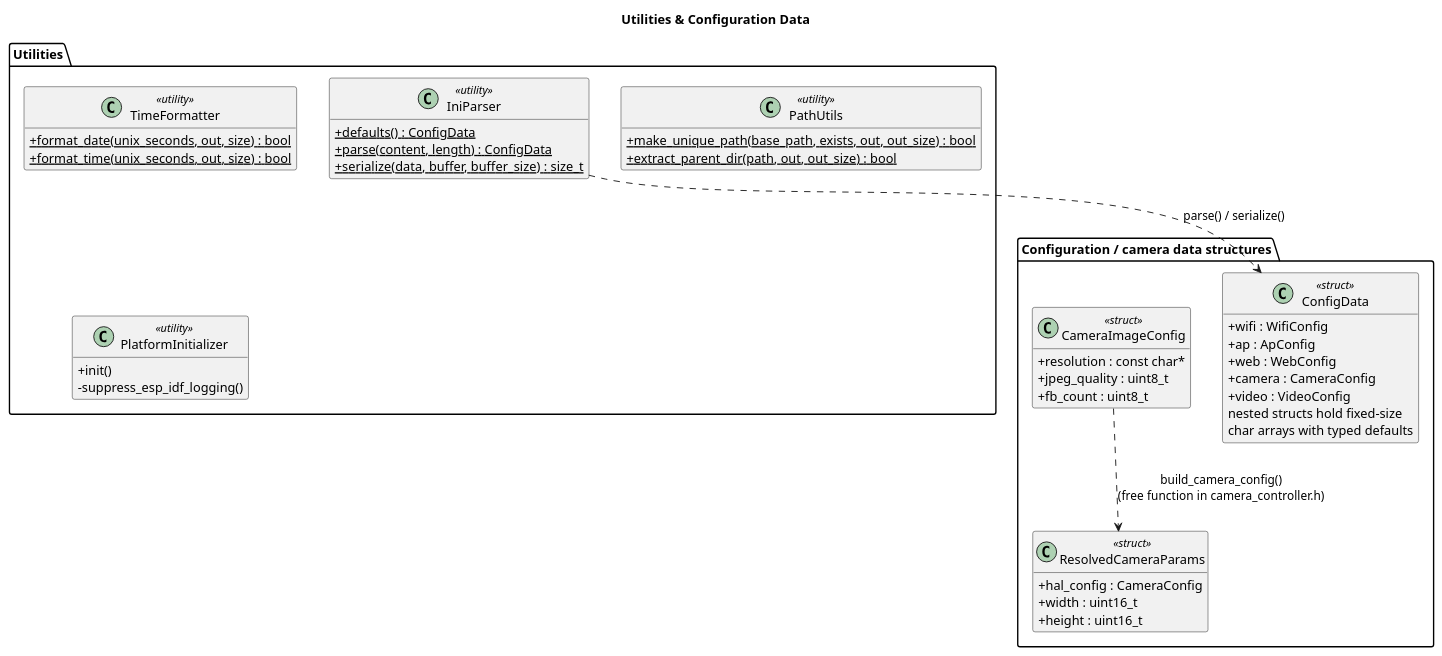
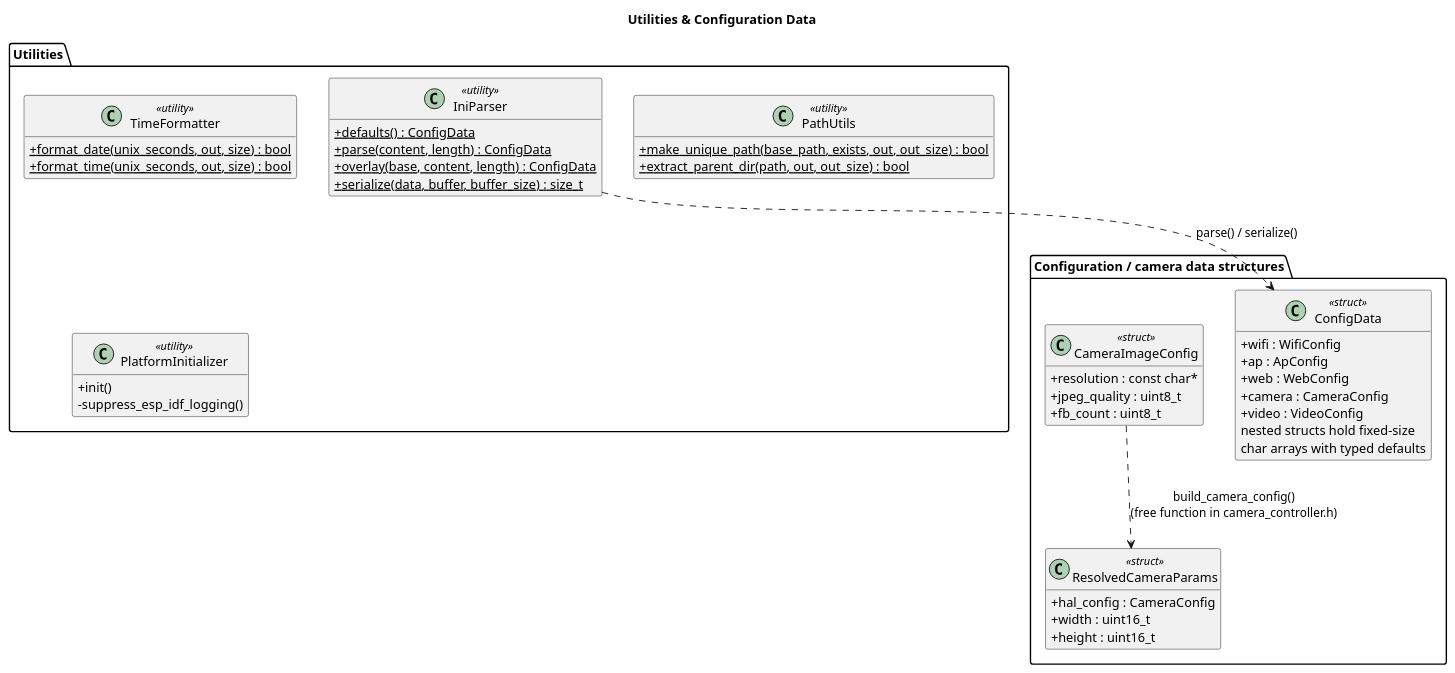
One commit to timwalsh41/micro-security-cam changed the fourth of 9 diagrams in docs/SYSTEM_DESIGN.md. Above: the diagram before and after it, drawn with PlantUML. The commit also changed other lines of this file and 33 other files, not shown here.

````diff
--- a/docs/SYSTEM_DESIGN.md
+++ b/docs/SYSTEM_DESIGN.md
@@ -729,61 +767,62 @@
 ```plantuml
 @startuml
 title Utilities & Configuration Data
 
 hide empty members
 skinparam classAttributeIconSize 0
 
 package "Utilities" {
 
     class IniParser <<utility>> {
         +{static} defaults() : ConfigData
         +{static} parse(content, length) : ConfigData
+        +{static} overlay(base, content, length) : ConfigData
         +{static} serialize(data, buffer, buffer_size) : size_t
     }
 
     class TimeFormatter <<utility>> {
         +{static} format_date(unix_seconds, out, size) : bool
         +{static} format_time(unix_seconds, out, size) : bool
     }
 
     class PathUtils <<utility>> {
         +{static} make_unique_path(base_path, exists, out, out_size) : bool
         +{static} extract_parent_dir(path, out, out_size) : bool
     }
 
     class PlatformInitializer <<utility>> {
         +init()
         -suppress_esp_idf_logging()
     }
 }
 
 package "Configuration / camera data structures" {
 
     class ConfigData <<struct>> {
         +wifi : WifiConfig
         +ap : ApConfig
         +web : WebConfig
         +camera : CameraConfig
         +video : VideoConfig
         nested structs hold fixed-size
         char arrays with typed defaults
     }
 
     class CameraImageConfig <<struct>> {
         +resolution : const char*
         +jpeg_quality : uint8_t
         +fb_count : uint8_t
     }
 
     class ResolvedCameraParams <<struct>> {
         +hal_config : CameraConfig
         +width : uint16_t
         +height : uint16_t
     }
 }
 
 IniParser ..> ConfigData : parse() / serialize()
 CameraImageConfig ..> ResolvedCameraParams : build_camera_config()\n(free function in camera_controller.h)
 
 @enduml
 ```
````
